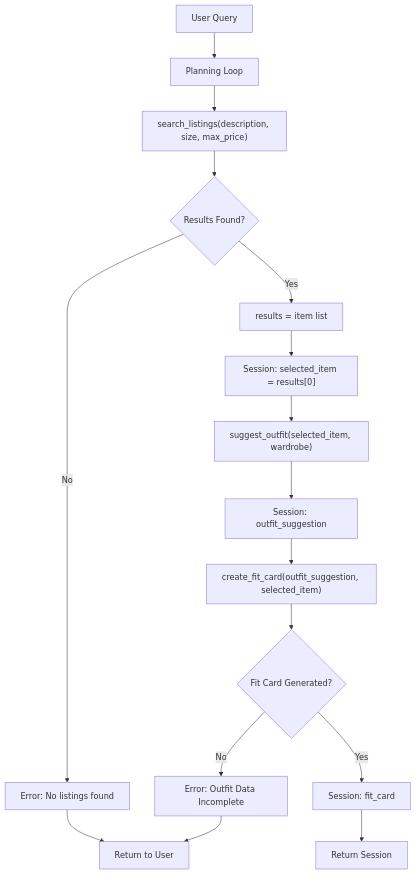
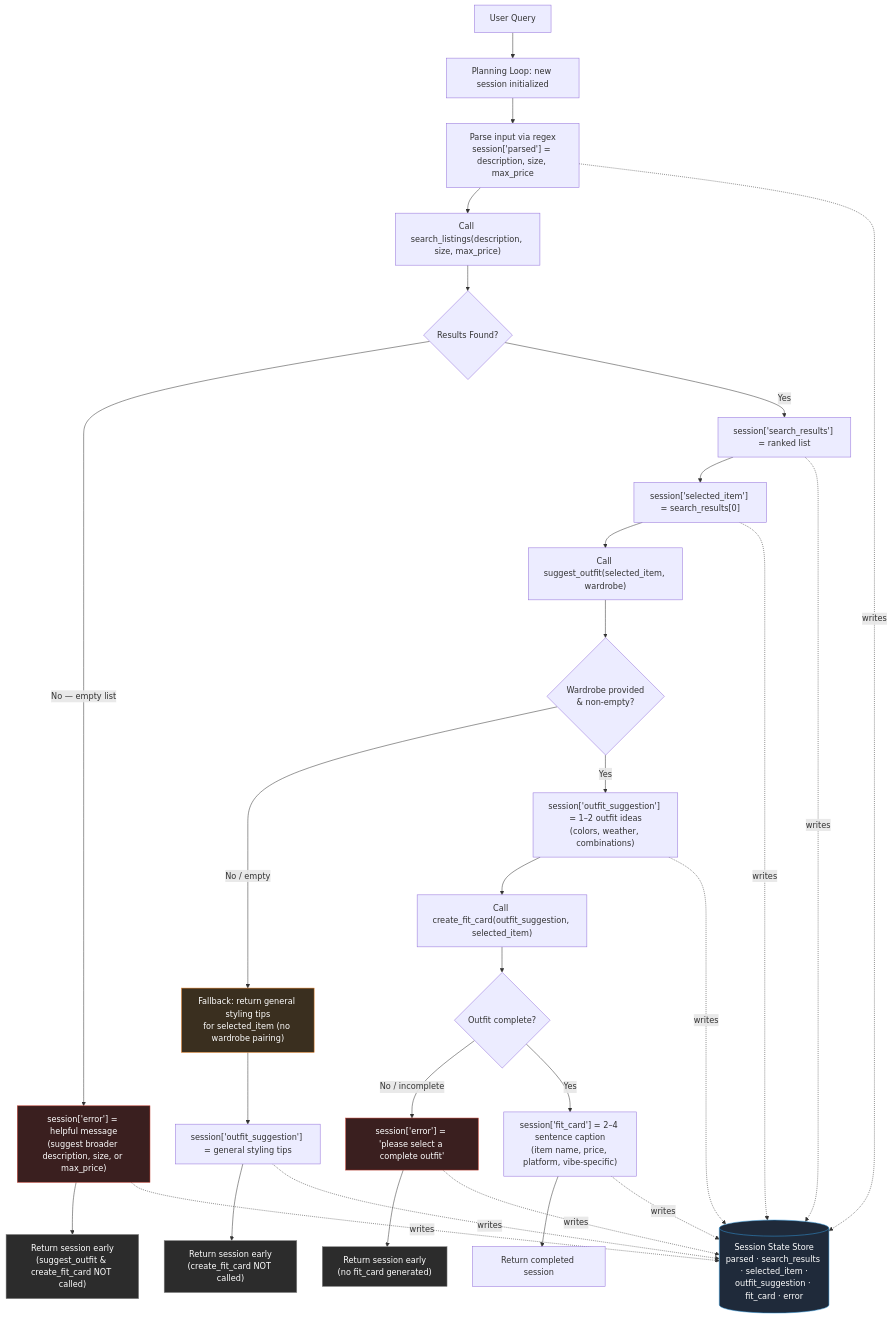
One commit to ashaikh29/ai201-project2-fitfindr-starter changed the diagram in planning.md. Above: the diagram before and after it, drawn with Mermaid.

Commit message:
mermaid formatting

````diff
--- a/planning.md
+++ b/planning.md
@@ -140,31 +141,59 @@
 ```mermaid
 flowchart TD
 
-    A["User Query"] --> B["Planning Loop"]
+    A["User Query"] --> B["Planning Loop: new session initialized"]
 
-    B --> C["search_listings(description, size, max_price)"]
+    B --> P["Parse input via regex<br/>session['parsed'] = description, size, max_price"]
+
+    P --> C["Call search_listings(description, size, max_price)"]
 
     C --> D{"Results Found?"}
 
-    D -->|No| E["Error: No listings found"]
-    E --> Z["Return to User"]
+    D -->|"No — empty list"| E["session['error'] = helpful message<br/>(suggest broader description, size, or max_price)"]
+    E --> Z1["Return session early<br/>(suggest_outfit & create_fit_card NOT called)"]
 
-    D -->|Yes| F["results = item list"]
+    D -->|"Yes"| F["session['search_results'] = ranked list"]
 
-    F --> G["Session: selected_item = results[0]"]
+    F --> G["session['selected_item'] = search_results[0]"]
 
-    G --> H["suggest_outfit(selected_item, wardrobe)"]
+    G --> H["Call suggest_outfit(selected_item, wardrobe)"]
 
-    H --> I["Session: outfit_suggestion"]
+    H --> I{"Wardrobe provided<br/>& non-empty?"}
 
-    I --> J["create_fit_card(outfit_suggestion, selected_item)"]
+    I -->|"No / empty"| J["Fallback: return general styling tips<br/>for selected_item (no wardrobe pairing)"]
+    J --> J2["session['outfit_suggestion'] = general styling tips"]
+    J2 --> Z2["Return session early<br/>(create_fit_card NOT called)"]
 
-    J --> K{"Fit Card Generated?"}
+    I -->|"Yes"| K["session['outfit_suggestion'] = 1–2 outfit ideas<br/>(colors, weather, combinations)"]
 
-    K -->|No| L["Error: Outfit Data Incomplete"]
-    L --> Z
+    K --> L["Call create_fit_card(outfit_suggestion, selected_item)"]
 
-    K -->|Yes| M["Session: fit_card"]
+    L --> M{"Outfit complete?"}
 
-    M --> N["Return Session"]
+    M -->|"No / incomplete"| N["session['error'] = 'please select a complete outfit'"]
+    N --> Z3["Return session early<br/>(no fit_card generated)"]
+
+    M -->|"Yes"| O["session['fit_card'] = 2–4 sentence caption<br/>(item name, price, platform, vibe-specific)"]
+
+    O --> Q["Return completed session"]
+
+    %% State store shown as a side panel touched by every step
+    S[("Session State Store<br/>parsed · search_results · selected_item ·<br/>outfit_suggestion · fit_card · error")]
+
+    P -.writes.-> S
+    F -.writes.-> S
+    G -.writes.-> S
+    E -.writes.-> S
+    J2 -.writes.-> S
+    K -.writes.-> S
+    N -.writes.-> S
+    O -.writes.-> S
+
+    style E fill:#3a1f1f,stroke:#c0392b,color:#fff
+    style N fill:#3a1f1f,stroke:#c0392b,color:#fff
+    style J fill:#3a2f1f,stroke:#e67e22,color:#fff
+    style Z1 fill:#2c2c2c,stroke:#888,color:#fff
+    style Z2 fill:#2c2c2c,stroke:#888,color:#fff
+    style Z3 fill:#2c2c2c,stroke:#888,color:#fff
+    style S fill:#1f2a3a,stroke:#3498db,color:#fff
 ```
````
